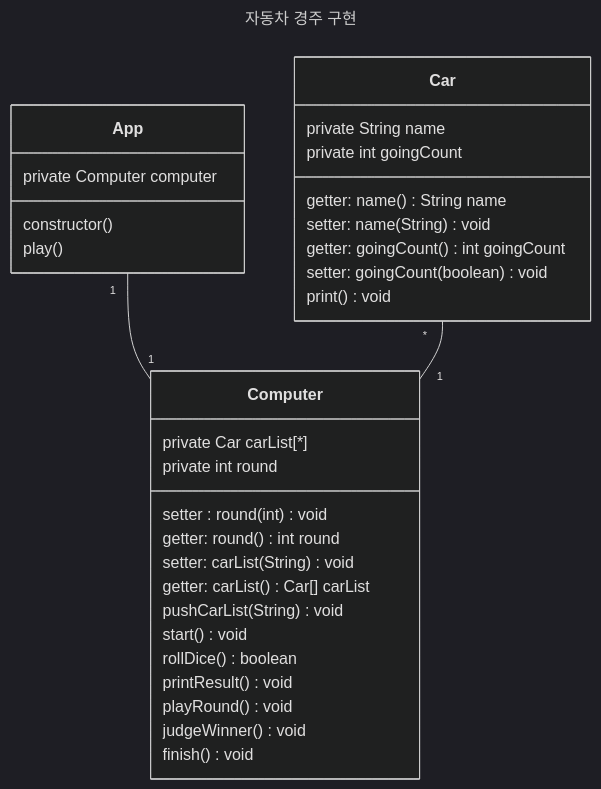
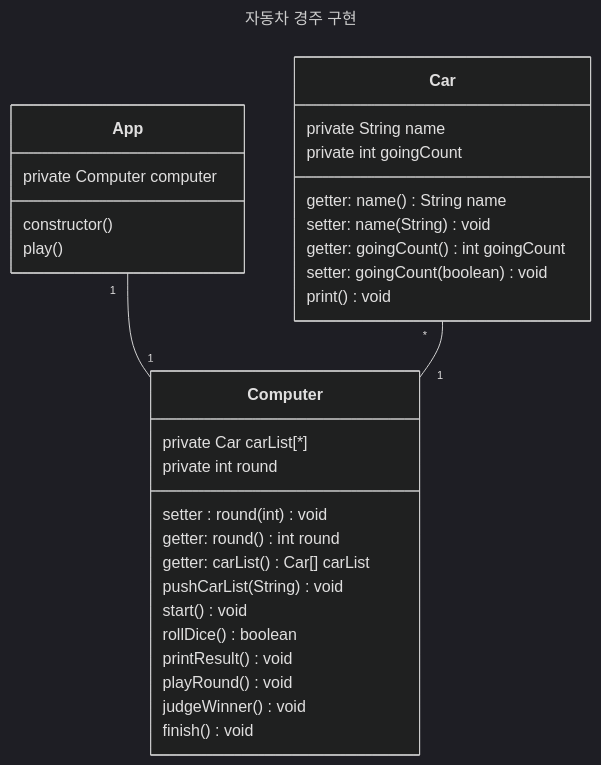
One commit to woowacourse-precourse/javascript-racingcar-6 changed the diagram in docs/README.md. Above: the diagram before and after it, drawn with Mermaid (dark theme). The commit also changed other lines of this file, not shown here.

Commit message:
docs(README.md): delete computer's setter

````diff
--- a/docs/README.md
+++ b/docs/README.md
@@ -48,37 +48,36 @@
 ```mermaid
 ---
 title: 자동차 경주 구현
 ---
 classDiagram
     class Car{
         private String name
         private int goingCount
         getter: name() String name
         setter: name(String) void
         getter: goingCount() int goingCount
         setter: goingCount(boolean) void
         print() void
     }
     class Computer{
         private Car carList[*]
         private int round
         setter : round(int) void
         getter: round() int round
-        setter: carList(String) void
         getter: carList() Car[] carList
         pushCarList(String) void
         start() void
         rollDice() boolean
         printResult() void
         playRound() void
         judgeWinner() void
         finish() void
     }
     class App{
         private Computer computer
         constructor()
         play()
     }
     App "1"-- "1"Computer
     Car "*"--"1" Computer
 ```
````
